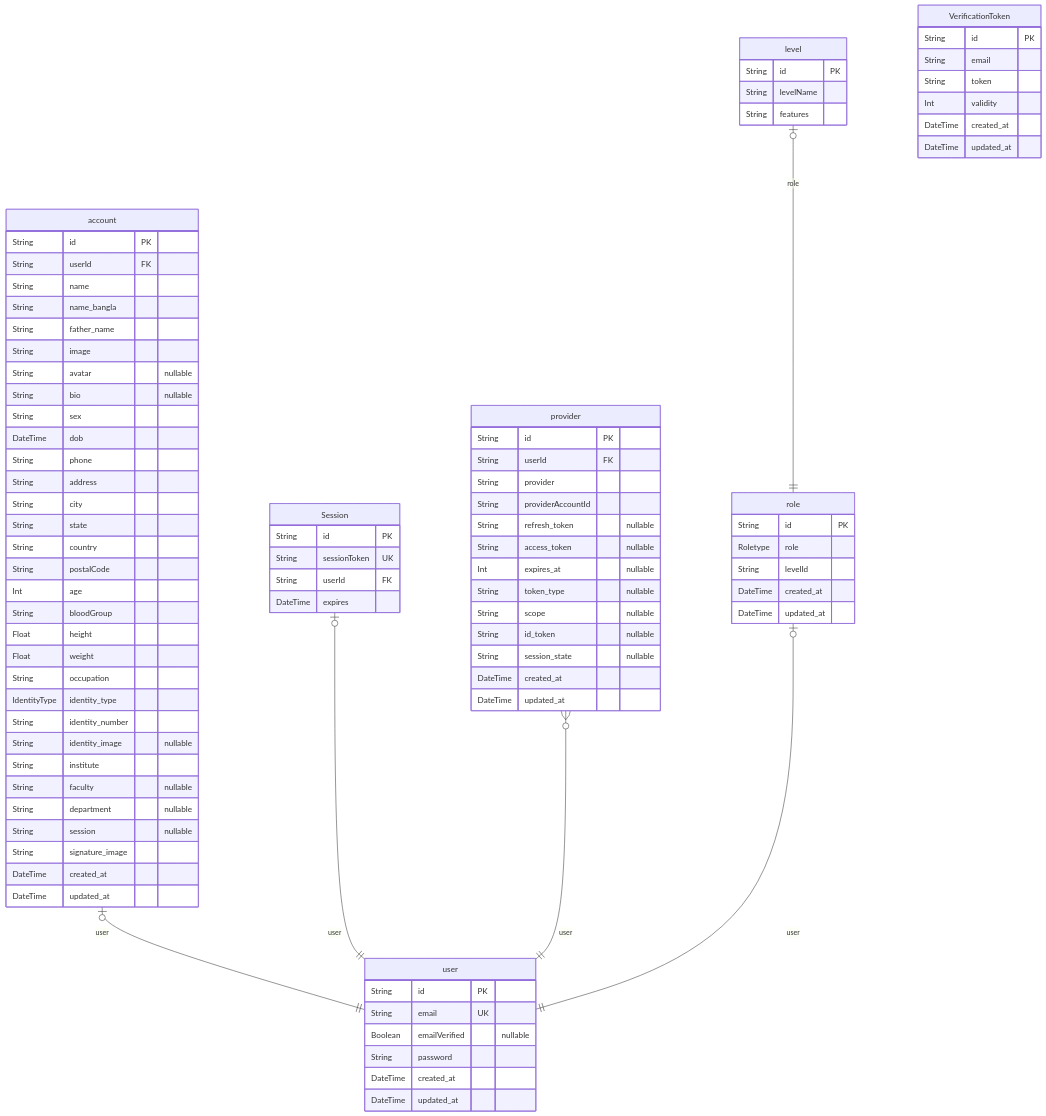
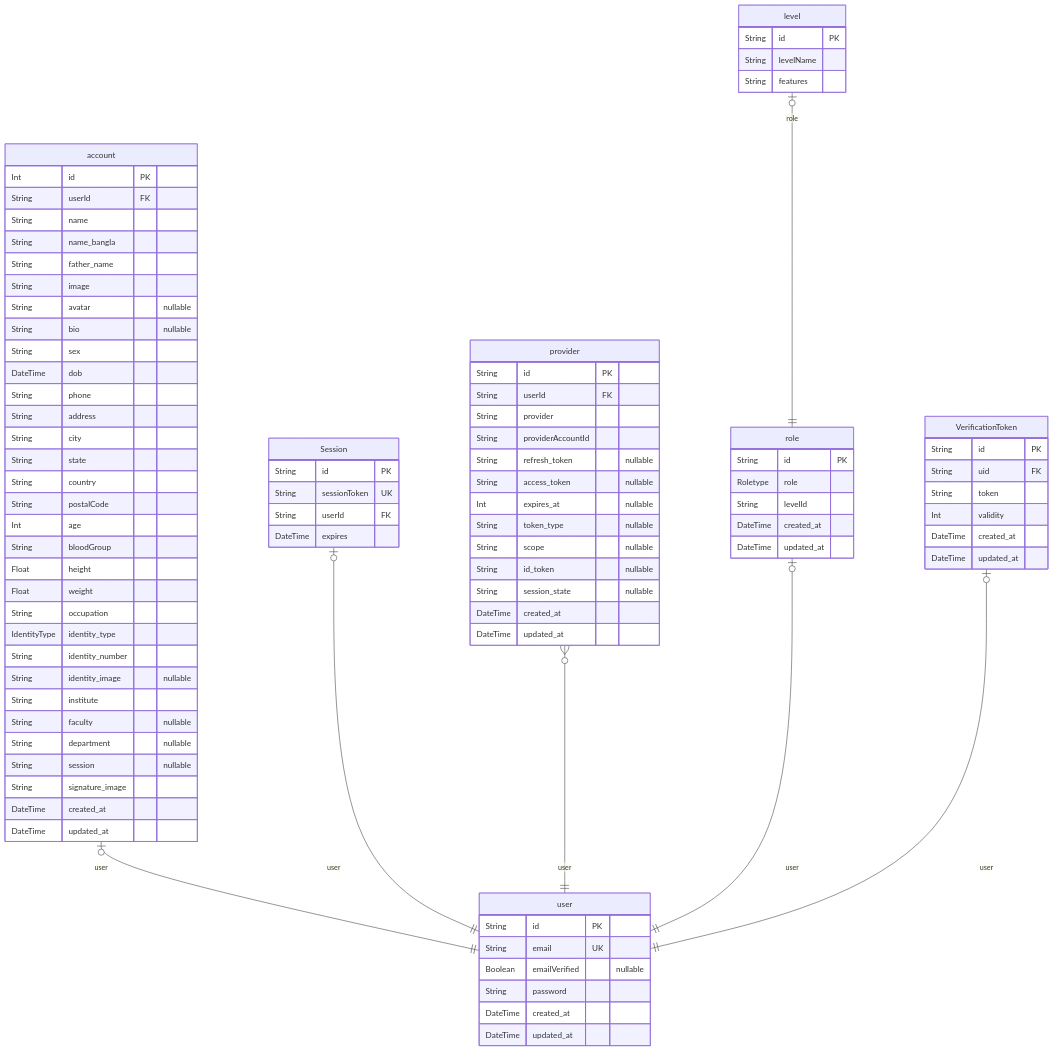
The diagram in public/erd/ERD.md (Hstu-dojo/HKDOfficial), drawn with Mermaid before and after one commit. The commit also changed other lines of this file and 11 other files, not shown here.

````diff
--- a/public/erd/ERD.md
+++ b/public/erd/ERD.md
@@ -7,7 +7,7 @@
 ```mermaid
 erDiagram
 "account" {
-    String id PK
+    Int id PK
     String userId FK
     String name
     String name_bangla
@@ -82,7 +82,7 @@
 }
 "VerificationToken" {
     String id PK
-    String email
+    String uid FK
     String token
     Int validity
     DateTime created_at
@@ -93,4 +93,5 @@
 "provider" }o--|| "user" : user
 "role" |o--|| "user" : user
 "level" |o--|| "role" : role
+"VerificationToken" |o--|| "user" : user
 ```
````
